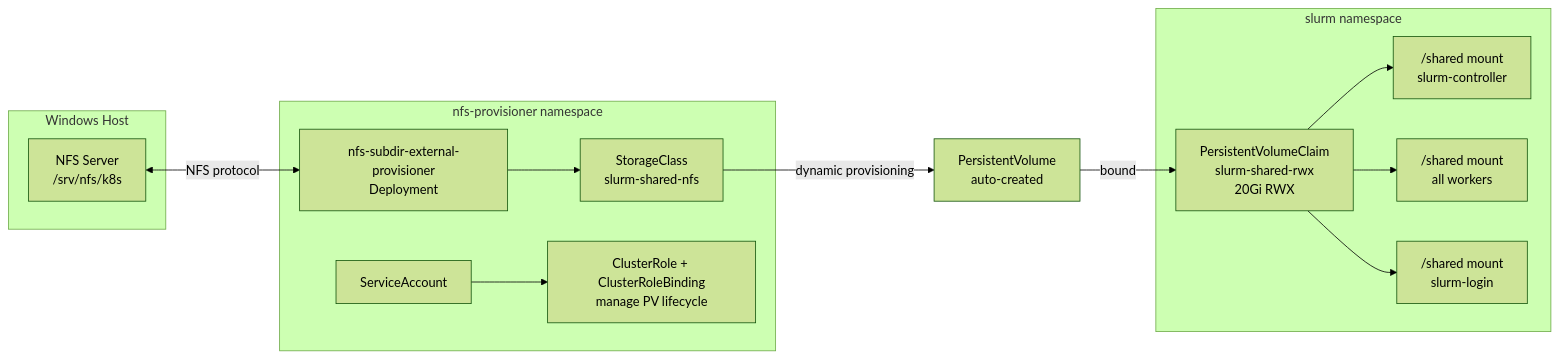
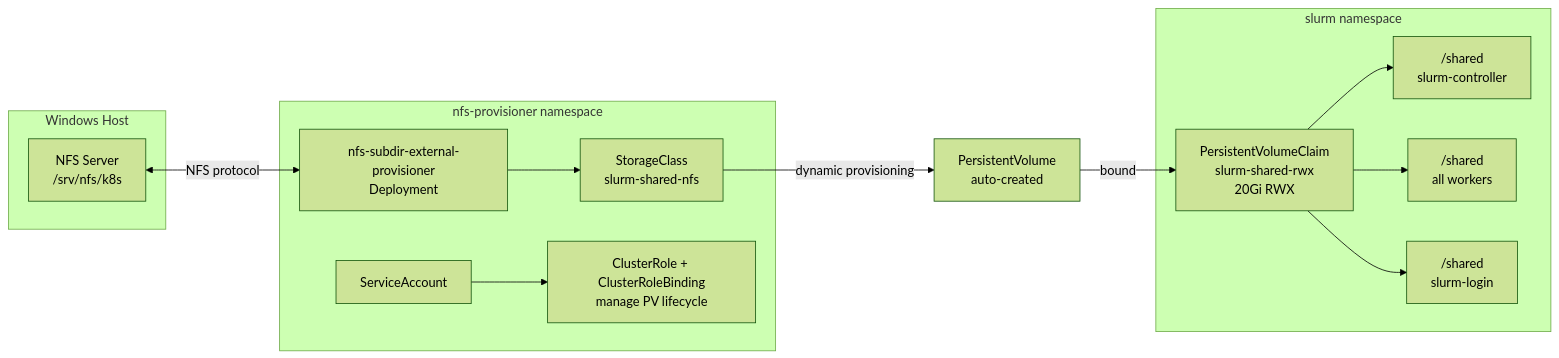
One commit to SoWiEee/Slurm-on-K8s-For-DDP changed the fifth of 7 diagrams in docs/cluster.md. Above: the diagram before and after it, drawn with Mermaid (forest theme). The commit also changed other lines of this file, not shown here.

First line of the commit message:
docs: rewrite cluster.md around component architecture

````diff
--- a/docs/cluster.md
+++ b/docs/cluster.md
@@ -350,29 +411,29 @@
 ```mermaid
 flowchart LR
     subgraph "Windows Host"
         NFS_SRV[NFS Server\n/srv/nfs/k8s]
     end
 
     subgraph "nfs-provisioner namespace"
         PROV[nfs-subdir-external-provisioner\nDeployment]
         SC[StorageClass\nslurm-shared-nfs]
         CR[ClusterRole + ClusterRoleBinding\nmanage PV lifecycle]
         SA2[ServiceAccount]
         SA2 --> CR
         PROV --> SC
     end
 
     subgraph "slurm namespace"
         PVC[PersistentVolumeClaim\nslurm-shared-rwx\n20Gi RWX]
-        CTL_M["/shared mount\nslurm-controller"]
-        W_M["/shared mount\nall workers"]
-        L_M["/shared mount\nslurm-login"]
+        CTL_M["/shared\nslurm-controller"]
+        W_M["/shared\nall workers"]
+        L_M["/shared\nslurm-login"]
     end
 
     NFS_SRV <-- NFS protocol --> PROV
     SC -- dynamic provisioning --> PV[PersistentVolume\nauto-created]
     PV -- bound --> PVC
     PVC --> CTL_M
     PVC --> W_M
     PVC --> L_M
 ```
````
